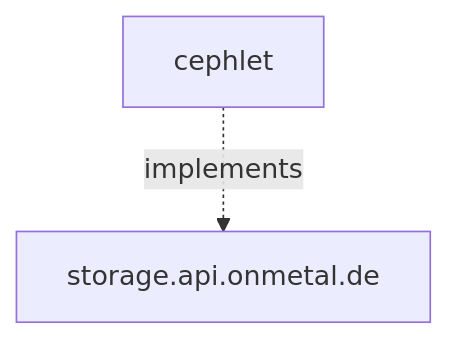
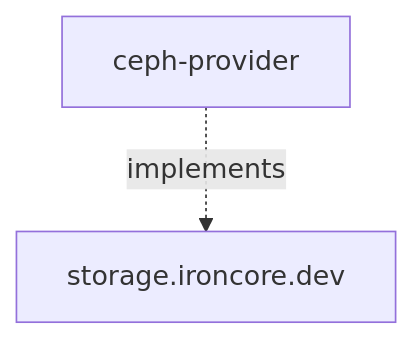
Before and after one commit to ironcore-dev/ceph-provider: the diagram in docs/README.md, drawn with Mermaid. The commit also changed other lines of this file and 168 other files, not shown here.

````diff
--- a/docs/README.md
+++ b/docs/README.md
@@ -6,4 +6,4 @@
 ```mermaid
 graph TD
-    cephlet -. implements .-> storage.api.onmetal.de
+    ceph-provider -. implements .-> storage.ironcore.dev
 ```
````
